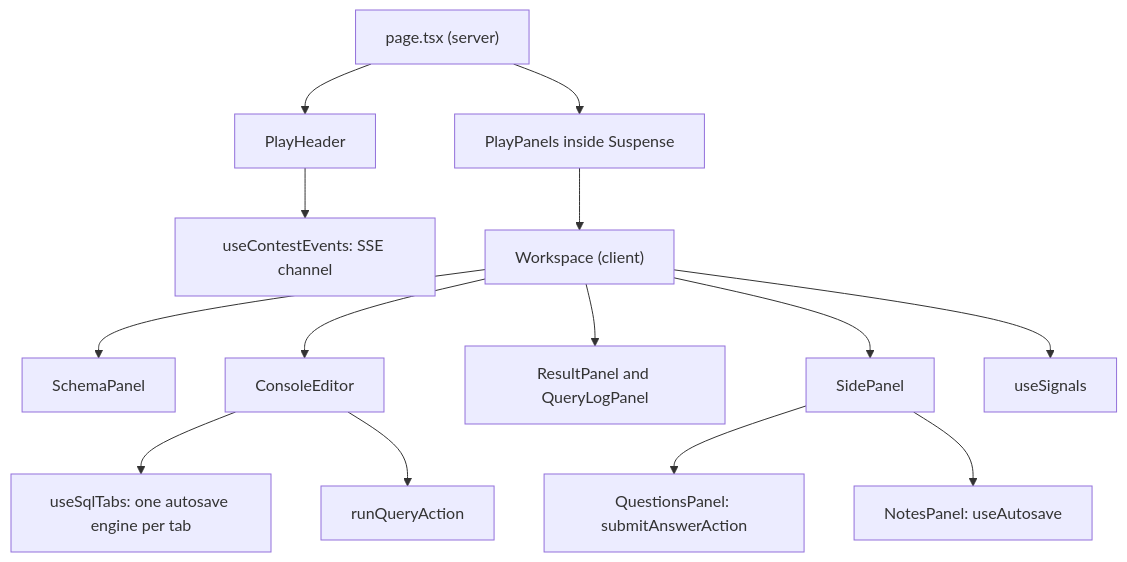
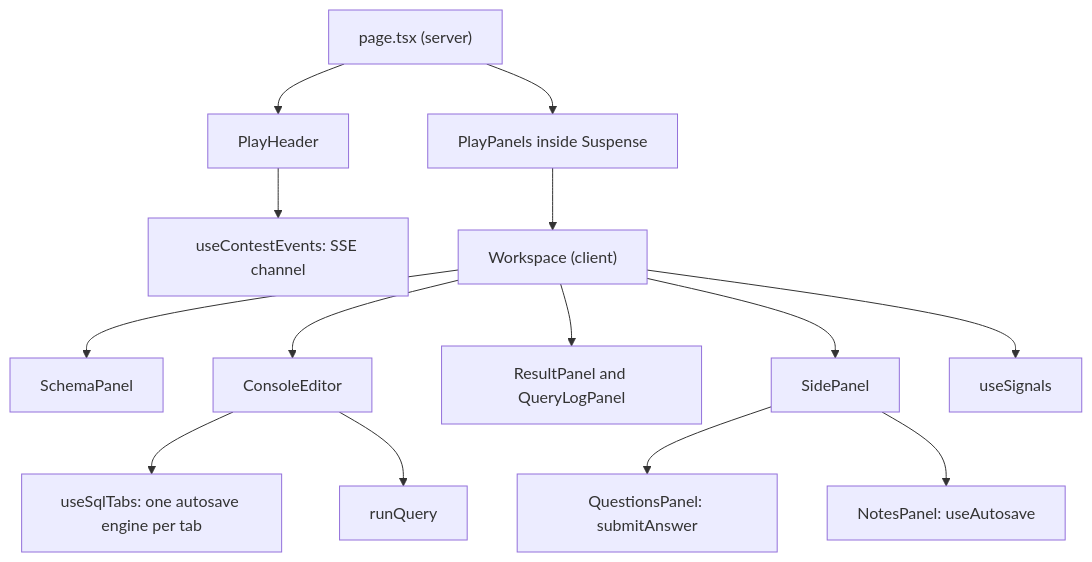
One commit to devrdn/olymp-db-platform changed the fourth of 4 diagrams in docs/guide/05-frontend.md. Above: the diagram before and after it, drawn with Mermaid. The commit also changed other lines of this file and 17 other files, not shown here.

````diff
--- a/docs/guide/05-frontend.md
+++ b/docs/guide/05-frontend.md
@@ -483,16 +488,16 @@
 ```mermaid
 flowchart TD
     page["page.tsx (server)"] --> header["PlayHeader"]
     page --> panels["PlayPanels inside Suspense"]
     header --> events["useContestEvents: SSE channel"]
     panels --> ws["Workspace (client)"]
     ws --> schema["SchemaPanel"]
     ws --> console["ConsoleEditor"]
     ws --> bottom["ResultPanel and QueryLogPanel"]
     ws --> side["SidePanel"]
     console --> tabs["useSqlTabs: one autosave engine per tab"]
-    console --> run["runQueryAction"]
-    side --> questions["QuestionsPanel: submitAnswerAction"]
+    console --> run["runQuery"]
+    side --> questions["QuestionsPanel: submitAnswer"]
     side --> notes["NotesPanel: useAutosave"]
     ws --> signals["useSignals"]
 ```
````
